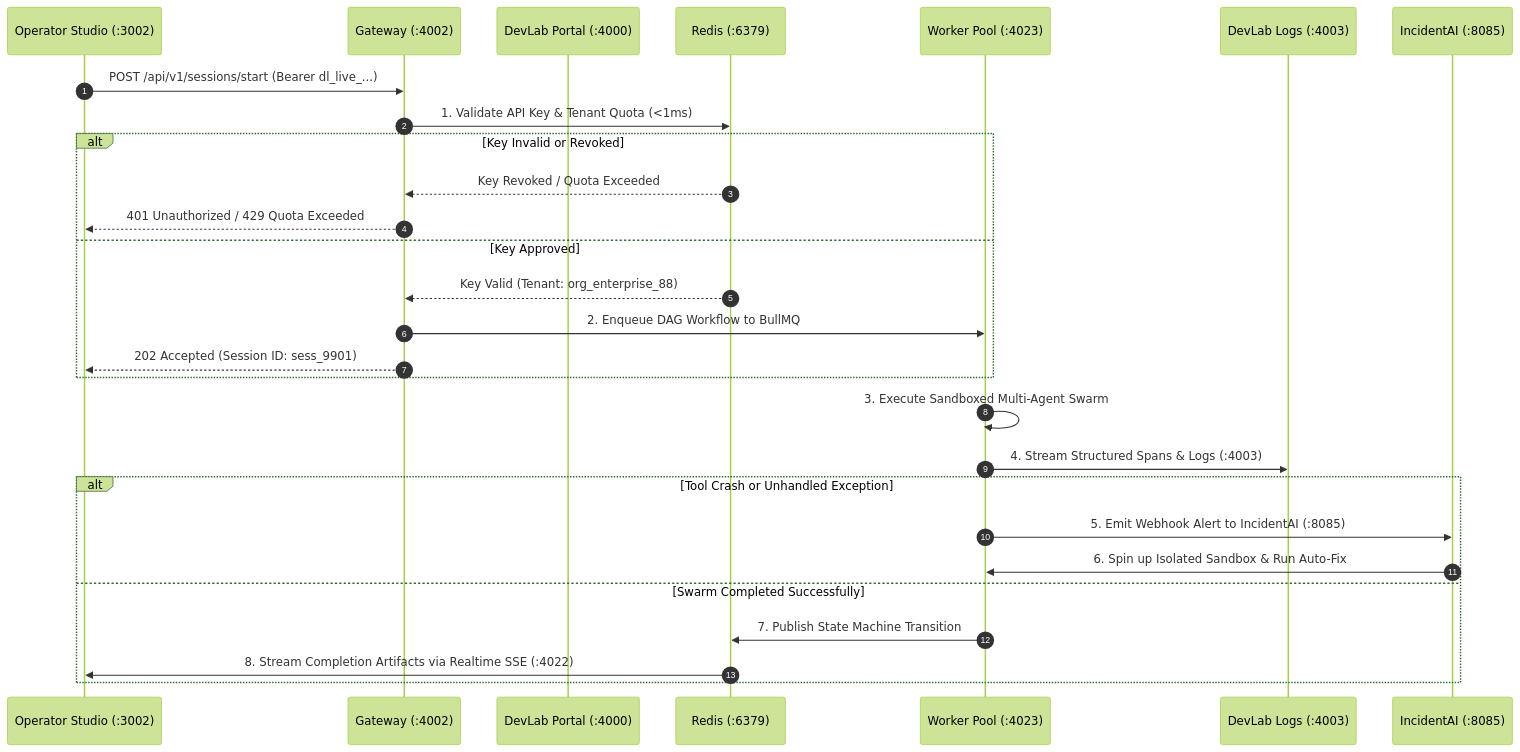
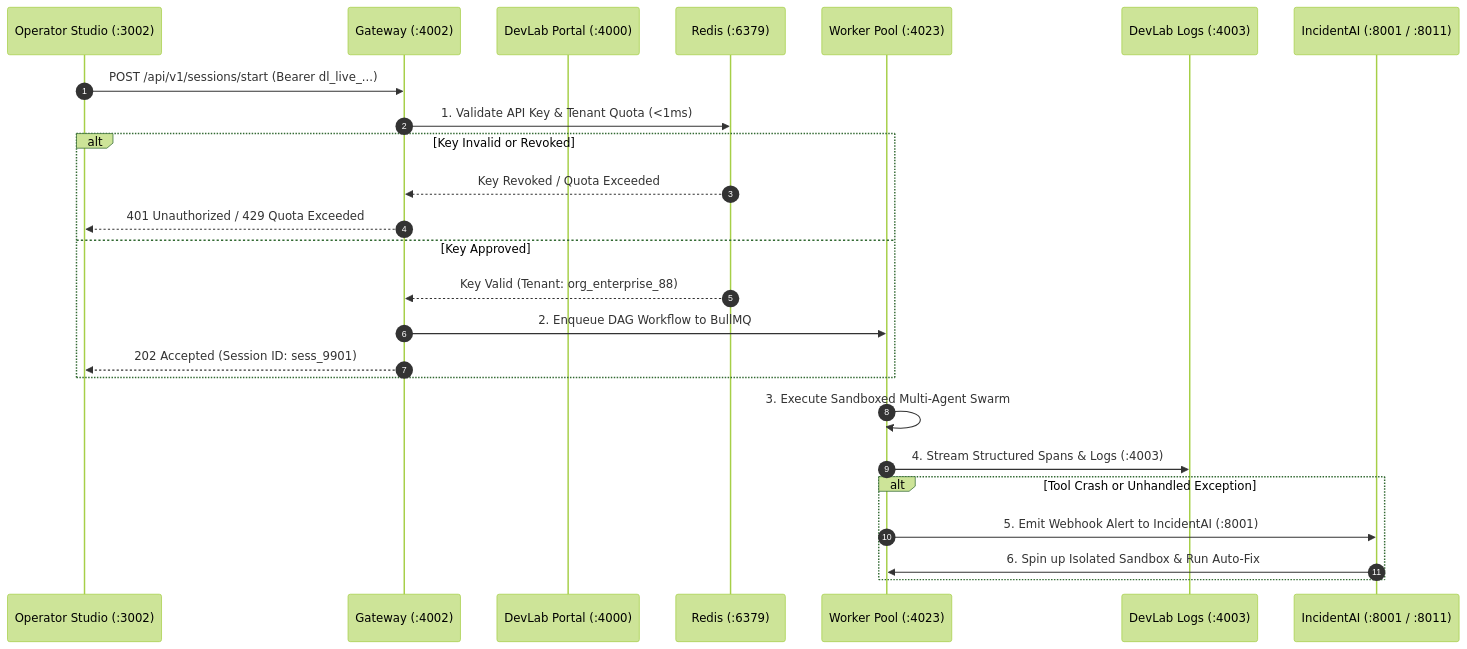
Before and after one commit to yuvadevlab/orchestrai: the diagram in PROJECT_INFO.md, drawn with Mermaid (forest theme). The commit also changed other lines of this file and 190 other files, not shown here.

````diff
--- a/PROJECT_INFO.md
+++ b/PROJECT_INFO.md
@@ -175,33 +175,30 @@
 ```mermaid
 sequenceDiagram
     autonumber
     participant Op as Operator Studio (:3002)
     participant GW as Gateway (:4002)
     participant DP as DevLab Portal (:4000)
     participant Redis as Redis (:6379)
     participant Worker as Worker Pool (:4023)
     participant DL as DevLab Logs (:4003)
-    participant IA as IncidentAI (:8085)
+    participant IA as IncidentAI (:8001 / :8011)
 
     Op->>GW: POST /api/v1/sessions/start (Bearer dl_live_...)
     GW->>Redis: 1. Validate API Key & Tenant Quota (<1ms)
     alt Key Invalid or Revoked
         Redis-->>GW: Key Revoked / Quota Exceeded
         GW-->>Op: 401 Unauthorized / 429 Quota Exceeded
     else Key Approved
         Redis-->>GW: Key Valid (Tenant: org_enterprise_88)
         GW->>Worker: 2. Enqueue DAG Workflow to BullMQ
         GW-->>Op: 202 Accepted (Session ID: sess_9901)
     end
 
     Worker->>Worker: 3. Execute Sandboxed Multi-Agent Swarm
     Worker->>DL: 4. Stream Structured Spans & Logs (:4003)
 
     alt Tool Crash or Unhandled Exception
-        Worker->>IA: 5. Emit Webhook Alert to IncidentAI (:8085)
+        Worker->>IA: 5. Emit Webhook Alert to IncidentAI (:8001)
         IA->>Worker: 6. Spin up Isolated Sandbox & Run Auto-Fix
-    else Swarm Completed Successfully
-        Worker->>Redis: 7. Publish State Machine Transition
-        Redis->>Op: 8. Stream Completion Artifacts via Realtime SSE (:4022)
     end
 ```
````
